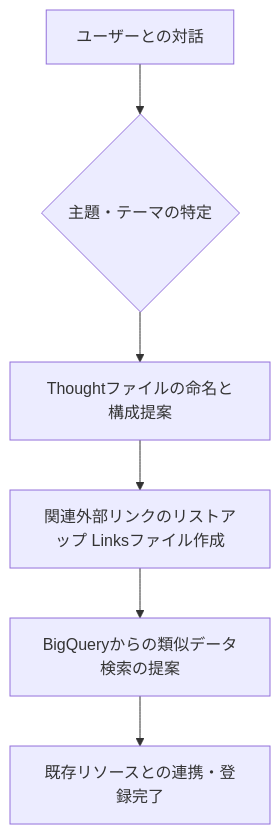
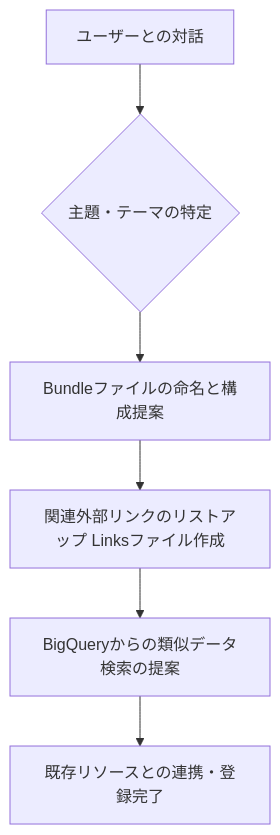
Before and after one commit to gogowooky/ThinktankWebCC: the diagram in .thinktank/thinktank.md, drawn with Mermaid. The commit also changed other lines of this file and 36 other files, not shown here.

````diff
--- a/.thinktank/thinktank.md
+++ b/.thinktank/thinktank.md
@@ -24,8 +24,8 @@
 ```mermaid
 graph TD
     A[ユーザーとの対話] --> B{主題・テーマの特定}
-    B --> C[Thoughtファイルの命名と構成提案]
+    B --> C[Bundleファイルの命名と構成提案]
     C --> D[関連外部リンクのリストアップ Linksファイル作成]
     D --> E[BigQueryからの類似データ検索の提案]
     E --> F[既存リソースとの連携・登録完了]
 ```
````
